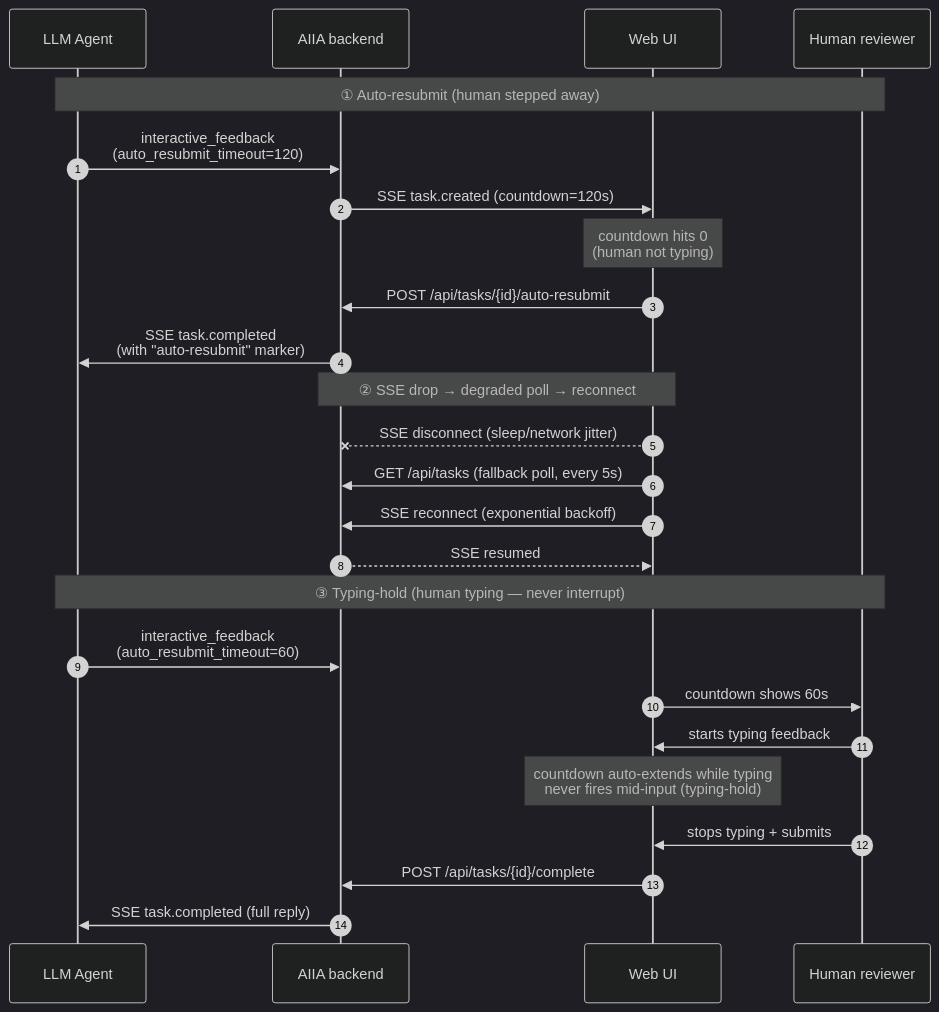
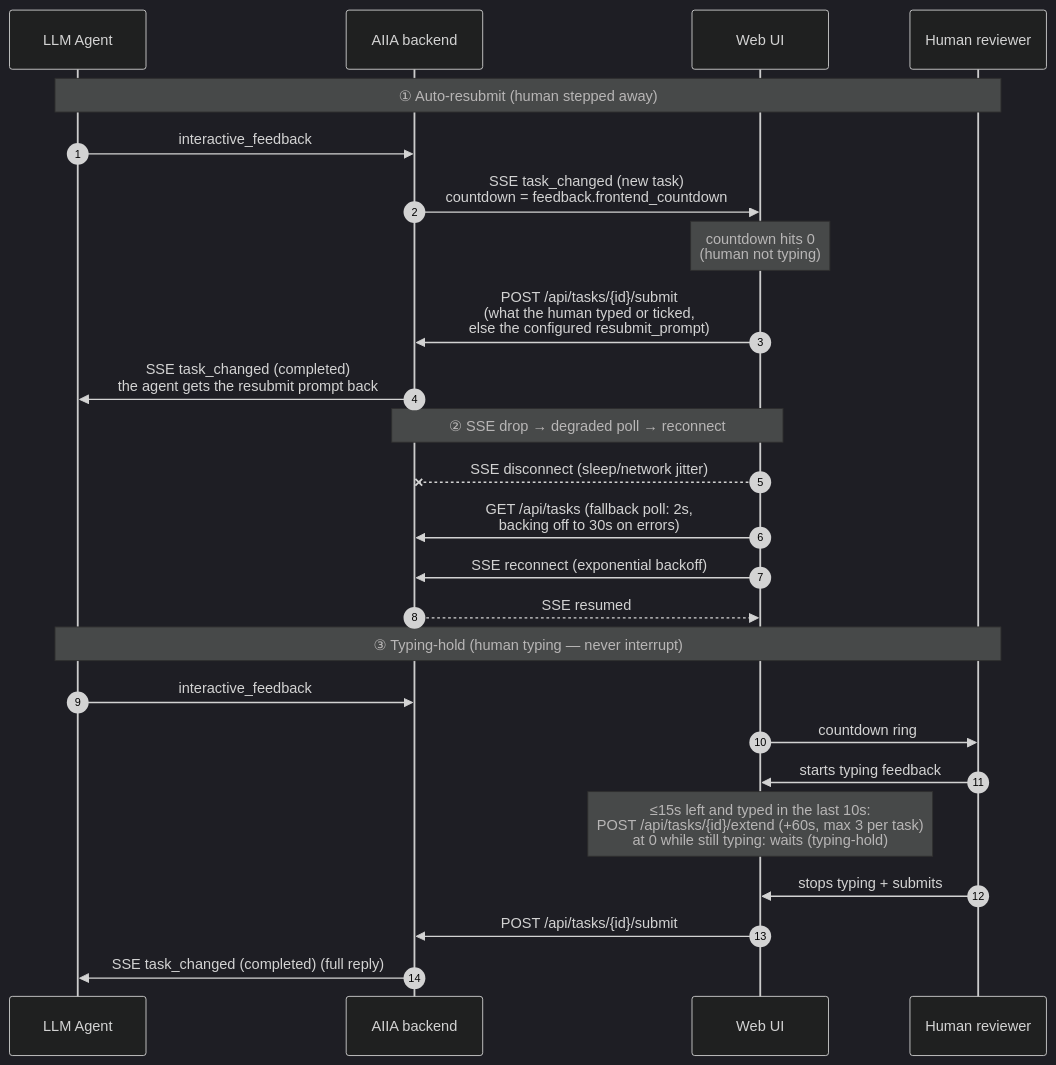
The third of 3 diagrams in docs/architecture.md (XIADENGMA/ai-intervention-agent), drawn with Mermaid (dark theme) before and after one commit. The commit also changed other lines of this file and 58 other files, not shown here.

First line of the commit message:
:bug: fix(web-ui): copy buttons on every origin, loop context across rounds, no state leaking between tasks, docs that match the code (R773, R803-R810)

````diff
--- a/docs/architecture.md
+++ b/docs/architecture.md
@@ -106,30 +106,30 @@
 ```mermaid
 sequenceDiagram
     autonumber
     participant Agent as LLM Agent
     participant AIIA as AIIA backend
     participant UI as Web UI
     participant Human as Human reviewer
 
     Note over Agent,Human: ① Auto-resubmit (human stepped away)
-    Agent->>AIIA: interactive_feedback<br/>(auto_resubmit_timeout=120)
-    AIIA->>UI: SSE task.created (countdown=120s)
+    Agent->>AIIA: interactive_feedback
+    AIIA->>UI: SSE task_changed (new task)<br/>countdown = feedback.frontend_countdown
     Note over UI: countdown hits 0<br/>(human not typing)
-    UI->>AIIA: POST /api/tasks/{id}/auto-resubmit
-    AIIA->>Agent: SSE task.completed<br/>(with "auto-resubmit" marker)
+    UI->>AIIA: POST /api/tasks/{id}/submit<br/>(what the human typed or ticked,<br/>else the configured resubmit_prompt)
+    AIIA->>Agent: SSE task_changed (completed)<br/>the agent gets the resubmit prompt back
 
     Note over UI,AIIA: ② SSE drop → degraded poll → reconnect
     UI--xAIIA: SSE disconnect (sleep/network jitter)
-    UI->>AIIA: GET /api/tasks (fallback poll, every 5s)
+    UI->>AIIA: GET /api/tasks (fallback poll: 2s,<br/>backing off to 30s on errors)
     UI->>AIIA: SSE reconnect (exponential backoff)
     AIIA-->>UI: SSE resumed
 
     Note over Agent,Human: ③ Typing-hold (human typing — never interrupt)
-    Agent->>AIIA: interactive_feedback<br/>(auto_resubmit_timeout=60)
-    UI->>Human: countdown shows 60s
+    Agent->>AIIA: interactive_feedback
+    UI->>Human: countdown ring
     Human->>UI: starts typing feedback
-    Note over UI: countdown auto-extends while typing<br/>never fires mid-input (typing-hold)
+    Note over UI: ≤15s left and typed in the last 10s:<br/>POST /api/tasks/{id}/extend (+60s, max 3 per task)<br/>at 0 while still typing: waits (typing-hold)
     Human->>UI: stops typing + submits
-    UI->>AIIA: POST /api/tasks/{id}/complete
-    AIIA->>Agent: SSE task.completed (full reply)
+    UI->>AIIA: POST /api/tasks/{id}/submit
+    AIIA->>Agent: SSE task_changed (completed) (full reply)
 ```
````
